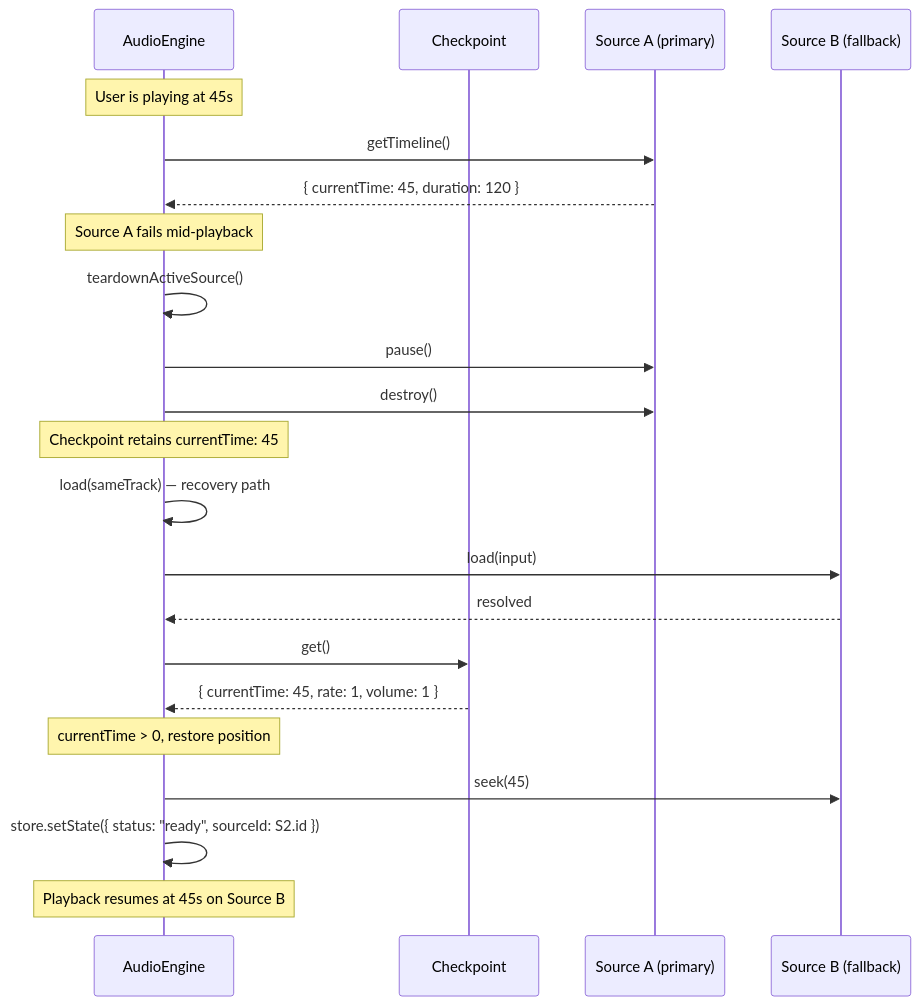
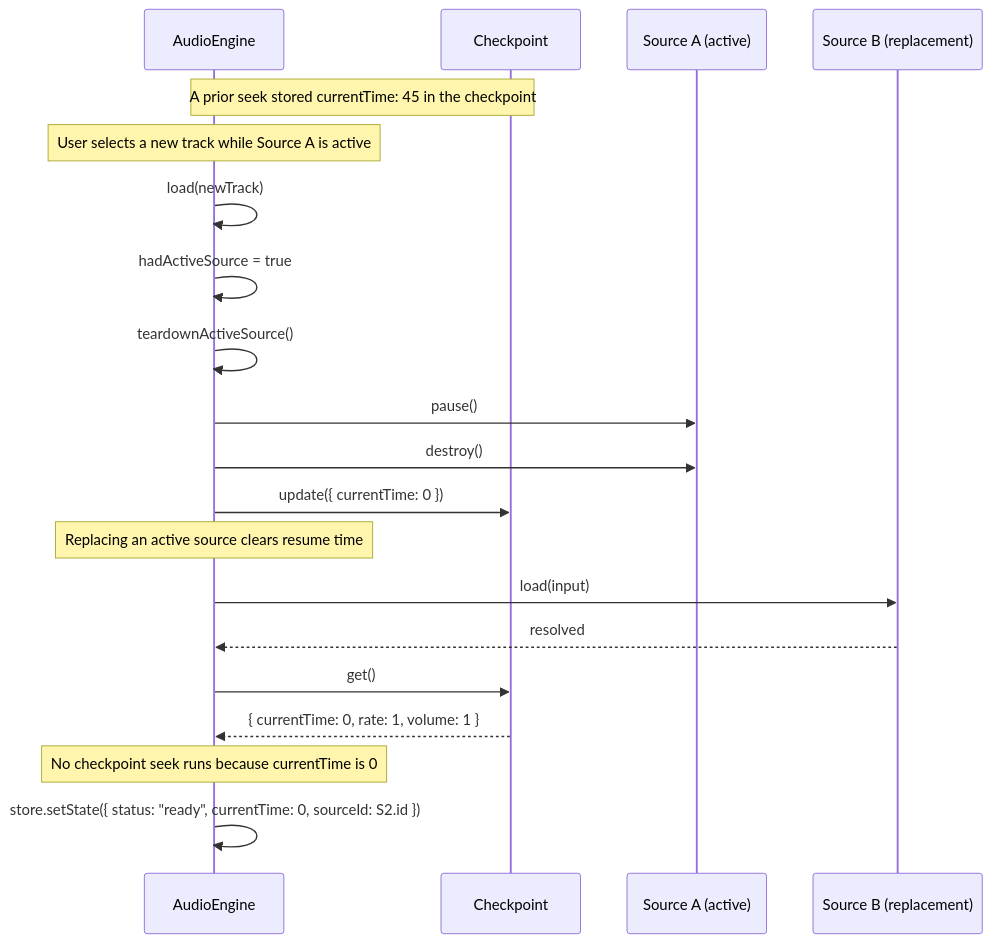
One commit to kalynbeach/kkb changed the fifth of 5 diagrams in docs/diagrams/2026-03-10-web-audio-player-flows.md. Above: the diagram before and after it, drawn with Mermaid. The commit also changed other lines of this file and 8 other files, not shown here.

First line of the commit message:
fix: seek rollback, recovery logging, controller lifecycle guards

````diff
--- a/docs/diagrams/2026-03-10-web-audio-player-flows.md
+++ b/docs/diagrams/2026-03-10-web-audio-player-flows.md
@@ -186,33 +187,24 @@
 ```mermaid
 sequenceDiagram
     participant Engine as AudioEngine
     participant CP as Checkpoint
-    participant S1 as Source A (primary)
-    participant S2 as Source B (fallback)
+    participant S1 as Source A (active)
+    participant S2 as Source B (replacement)
 
-    Note over Engine: User is playing at 45s
+    Note over Engine,CP: A prior seek stored currentTime: 45 in the checkpoint
 
-    Engine->>S1: getTimeline()
-    S1-->>Engine: { currentTime: 45, duration: 120 }
-
-    Note over Engine: Source A fails mid-playback
-
+    Note over Engine: User selects a new track while Source A is active
+    Engine->>Engine: load(newTrack)
+    Engine->>Engine: hadActiveSource = true
     Engine->>Engine: teardownActiveSource()
     Engine->>S1: pause()
     Engine->>S1: destroy()
-
-    Note over Engine: Checkpoint retains currentTime: 45
-
-    Engine->>Engine: load(sameTrack) — recovery path
+    Engine->>CP: update({ currentTime: 0 })
+    Note over Engine: Replacing an active source clears resume time
     Engine->>S2: load(input)
     S2-->>Engine: resolved
-
     Engine->>CP: get()
-    CP-->>Engine: { currentTime: 45, rate: 1, volume: 1 }
-
-    Note over Engine: currentTime > 0, restore position
-    Engine->>S2: seek(45)
-    Engine->>Engine: store.setState({ status: "ready", sourceId: S2.id })
-
-    Note over Engine: Playback resumes at 45s on Source B
+    CP-->>Engine: { currentTime: 0, rate: 1, volume: 1 }
+    Note over Engine: No checkpoint seek runs because currentTime is 0
+    Engine->>Engine: store.setState({ status: "ready", currentTime: 0, sourceId: S2.id })
 ```
````
